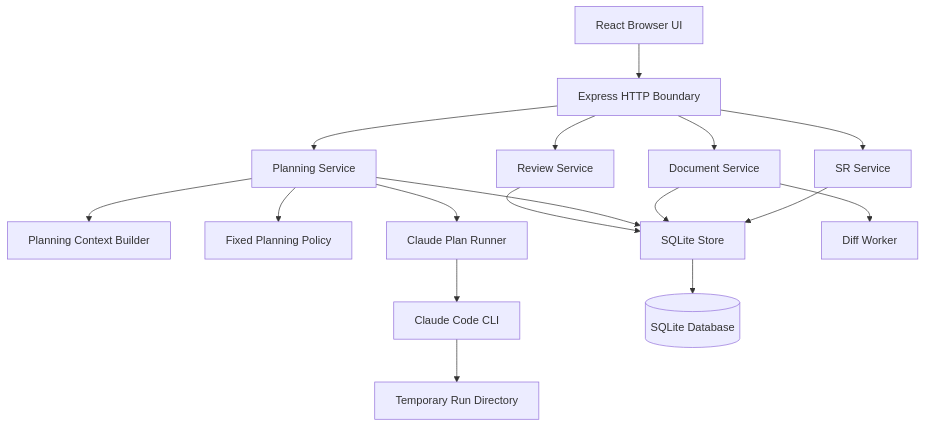
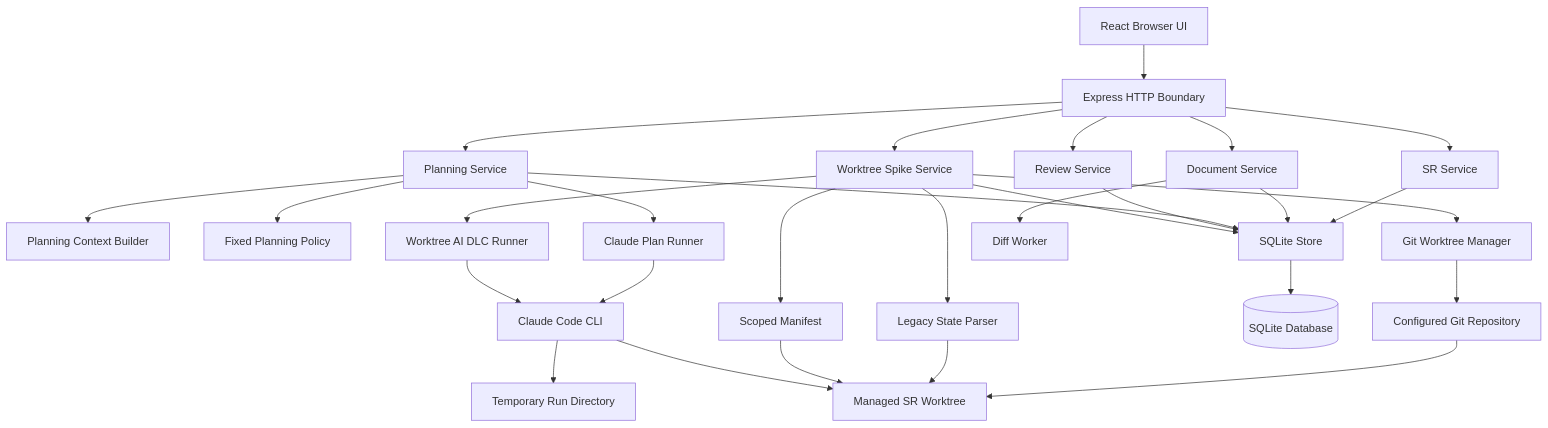
One commit to maruachi/planrepo-ddthon changed the first of 2 diagrams in aidlc-docs/inception/reverse-engineering/architecture.md. Above: the diagram before and after it, drawn with Mermaid. The commit also changed other lines of this file and 138 other files, not shown here.

````diff
--- a/aidlc-docs/inception/reverse-engineering/architecture.md
+++ b/aidlc-docs/inception/reverse-engineering/architecture.md
@@ -11,33 +11,52 @@
 ```mermaid
 flowchart TB
     UI[React Browser UI]
     HTTP[Express HTTP Boundary]
     SR[SR Service]
     Docs[Document Service]
     Planning[Planning Service]
     Review[Review Service]
+    WorktreeService[Worktree Spike Service]
     Context[Planning Context Builder]
     Policy[Fixed Planning Policy]
     Runner[Claude Plan Runner]
+    WorktreeRunner[Worktree AI DLC Runner]
+    GitManager[Git Worktree Manager]
+    StateParser[Legacy State Parser]
+    Manifest[Scoped Manifest]
     Store[SQLite Store]
     Diff[Diff Worker]
     CLI[Claude Code CLI]
     DB[(SQLite Database)]
     Temp[Temporary Run Directory]
+    Repo[Configured Git Repository]
+    Worktree[Managed SR Worktree]
     UI --> HTTP
     HTTP --> SR
     HTTP --> Docs
     HTTP --> Planning
     HTTP --> Review
+    HTTP --> WorktreeService
     Planning --> Context
     Planning --> Policy
     Planning --> Runner
     SR --> Store
     Docs --> Store
     Planning --> Store
     Review --> Store
+    WorktreeService --> Store
+    WorktreeService --> GitManager
+    WorktreeService --> StateParser
+    WorktreeService --> Manifest
+    WorktreeService --> WorktreeRunner
     Docs --> Diff
     Runner --> CLI
     CLI --> Temp
+    GitManager --> Repo
+    Repo --> Worktree
+    StateParser --> Worktree
+    Manifest --> Worktree
+    WorktreeRunner --> CLI
+    CLI --> Worktree
     Store --> DB
 ```
````
